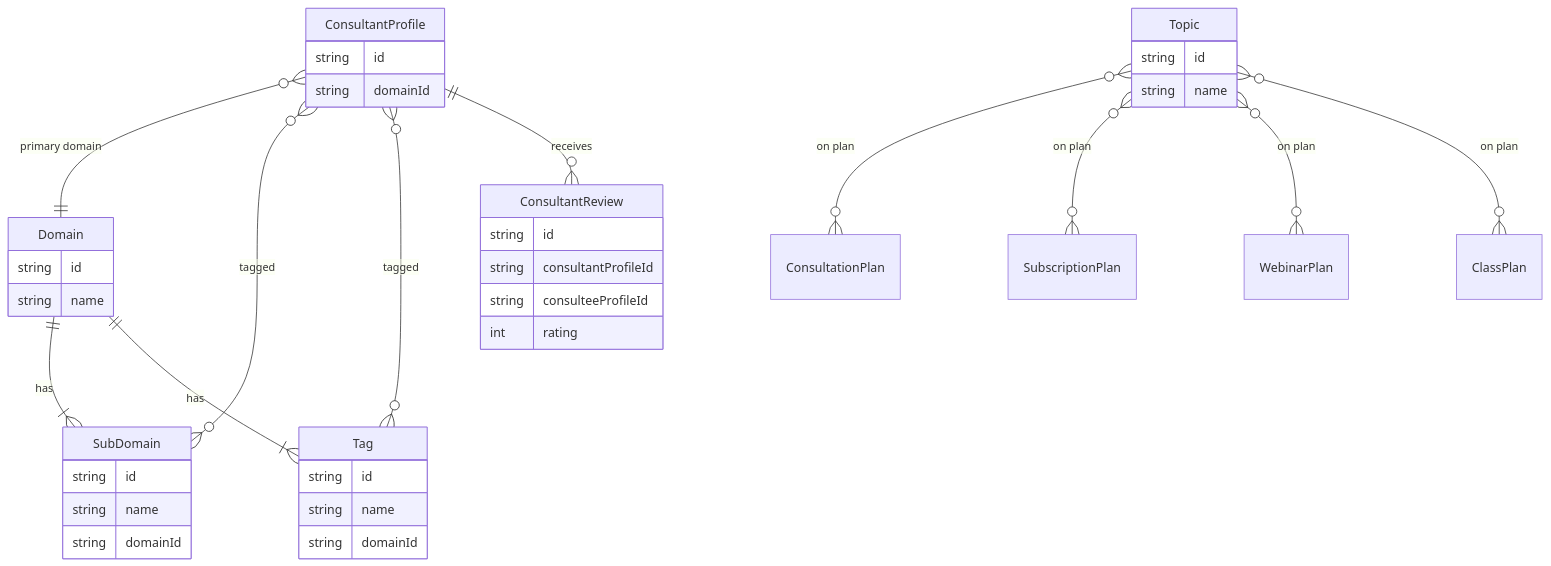
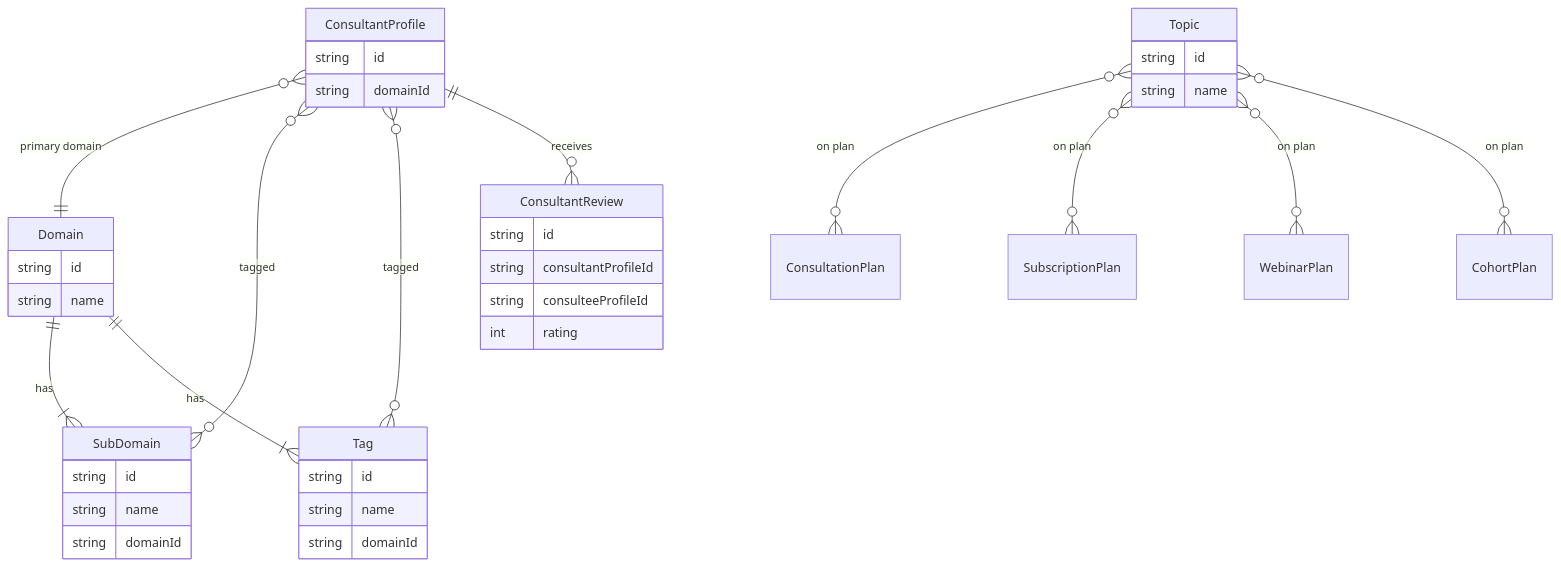
The fourth of 24 diagrams in docs/prisma/00-schema-map.md (Practitionist/familiarise_web), drawn with Mermaid before and after one commit. The commit also changed other lines of this file and 89 other files, not shown here.

````diff
--- a/docs/prisma/00-schema-map.md
+++ b/docs/prisma/00-schema-map.md
@@ -292,42 +292,42 @@
 ```mermaid
 erDiagram
     ConsultantProfile {
         string id
         string domainId
     }
     Domain {
         string id
         string name
     }
     SubDomain {
         string id
         string name
         string domainId
     }
     Tag {
         string id
         string name
         string domainId
     }
     Topic {
         string id
         string name
     }
     ConsultantReview {
         string id
         string consultantProfileId
         string consulteeProfileId
         int rating
     }
 
     Domain ||--|{ SubDomain : "has"
     Domain ||--|{ Tag : "has"
     ConsultantProfile }o--|| Domain : "primary domain"
     ConsultantProfile }o--o{ SubDomain : "tagged"
     ConsultantProfile }o--o{ Tag : "tagged"
     ConsultantProfile ||--o{ ConsultantReview : "receives"
     Topic }o--o{ ConsultationPlan : "on plan"
     Topic }o--o{ SubscriptionPlan : "on plan"
     Topic }o--o{ WebinarPlan : "on plan"
-    Topic }o--o{ ClassPlan : "on plan"
+    Topic }o--o{ CohortPlan : "on plan"
 ```
````
